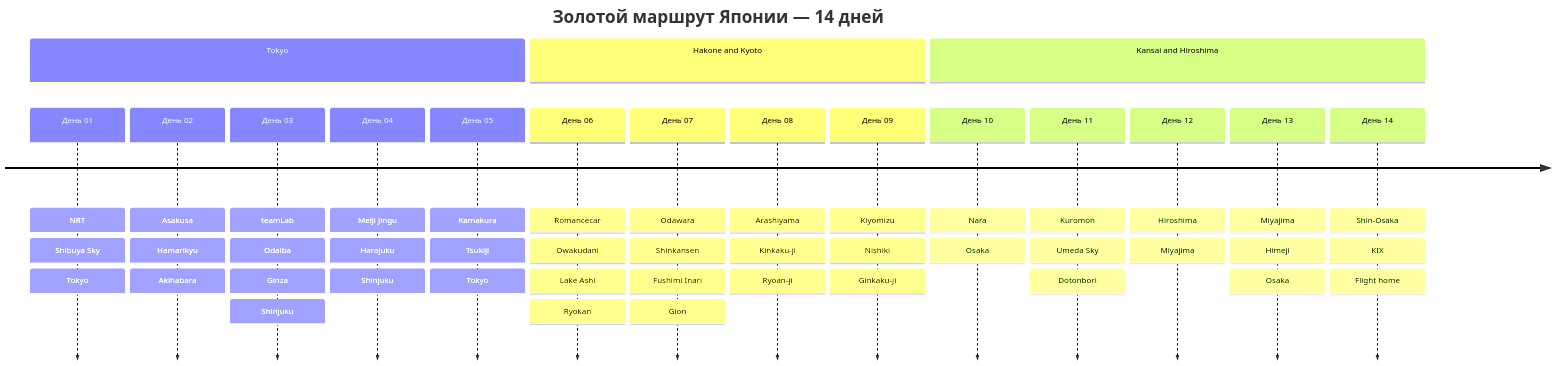
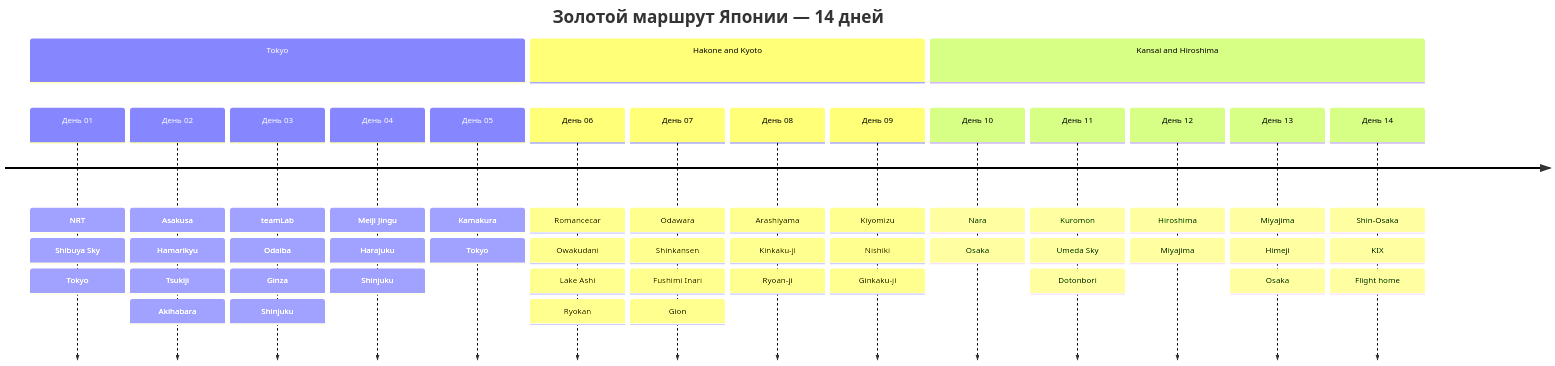
Before and after one commit to injurka/obsidian-mark: the diagram in Personal Note/Travel/-- Japan/Japan.md, drawn with Mermaid. The commit also changed other lines of this file and 54 other files, not shown here.

````diff
--- a/Personal Note/Travel/-- Japan/Japan.md
+++ b/Personal Note/Travel/-- Japan/Japan.md
@@ -43,21 +43,21 @@
 ```mermaid
 timeline
     title Золотой маршрут Японии — 14 дней
     section Tokyo
         День 01 : NRT : Shibuya Sky : Tokyo
-        День 02 : Asakusa : Hamarikyu : Akihabara
+        День 02 : Asakusa : Hamarikyu : Tsukiji : Akihabara
         День 03 : teamLab : Odaiba : Ginza : Shinjuku
         День 04 : Meiji Jingu : Harajuku : Shinjuku
-        День 05 : Kamakura : Tsukiji : Tokyo
+        День 05 : Kamakura : Tokyo
     section Hakone and Kyoto
         День 06 : Romancecar : Owakudani : Lake Ashi : Ryokan
         День 07 : Odawara : Shinkansen : Fushimi Inari : Gion
         День 08 : Arashiyama : Kinkaku-ji : Ryoan-ji
         День 09 : Kiyomizu : Nishiki : Ginkaku-ji
     section Kansai and Hiroshima
         День 10 : Nara : Osaka
         День 11 : Kuromon : Umeda Sky : Dotonbori
         День 12 : Hiroshima : Miyajima
         День 13 : Miyajima : Himeji : Osaka
         День 14 : Shin-Osaka : KIX : Flight home
 ```
````
